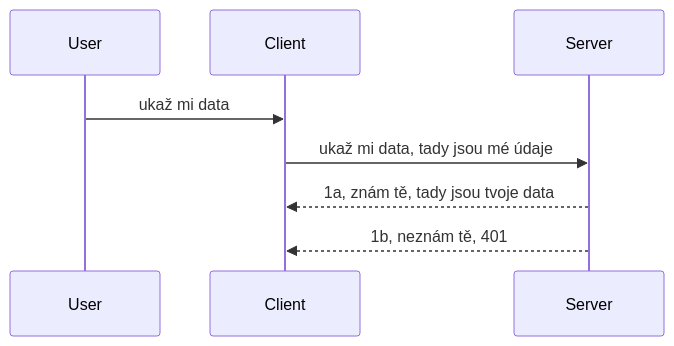
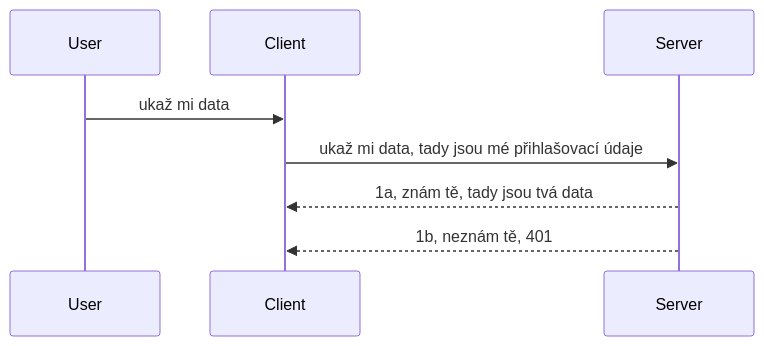
One commit to HIDORAKAI002/ai-workspace-archive changed the diagram in mcp_ecosystem__model_context_protocol/mcp_learning_resources/mcp-for-beginners/translations/cs/03-GettingStarted/11-simple-auth/README.md. Above: the diagram before and after it, drawn with Mermaid. The commit also changed other lines of this file and 1160 other files, not shown here.

````diff
--- a/mcp_ecosystem__model_context_protocol/mcp_learning_resources/mcp-for-beginners/translations/cs/03-GettingStarted/11-simple-auth/README.md
+++ b/mcp_ecosystem__model_context_protocol/mcp_learning_resources/mcp-for-beginners/translations/cs/03-GettingStarted/11-simple-auth/README.md
@@ -24,11 +24,11 @@
 ```mermaid
 sequenceDiagram
    participant User
    participant Client
    participant Server
 
    User->>Client: ukaž mi data
-   Client->>Server: ukaž mi data, tady jsou mé údaje
-   Server-->>Client: 1a, znám tě, tady jsou tvoje data
+   Client->>Server: ukaž mi data, tady jsou mé přihlašovací údaje
+   Server-->>Client: 1a, znám tě, tady jsou tvá data
    Server-->>Client: 1b, neznám tě, 401 
 ```
````
